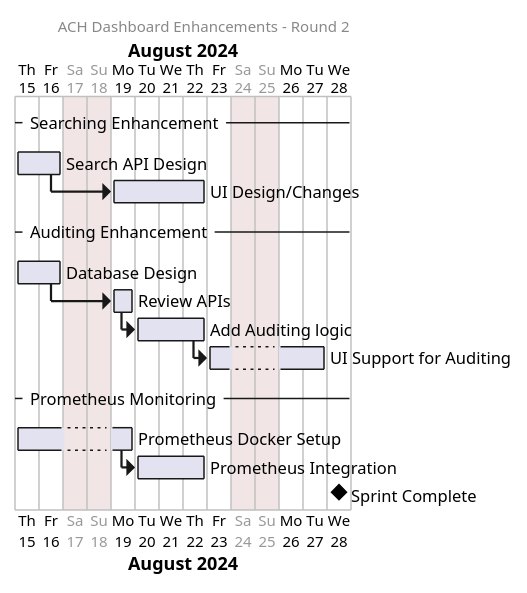
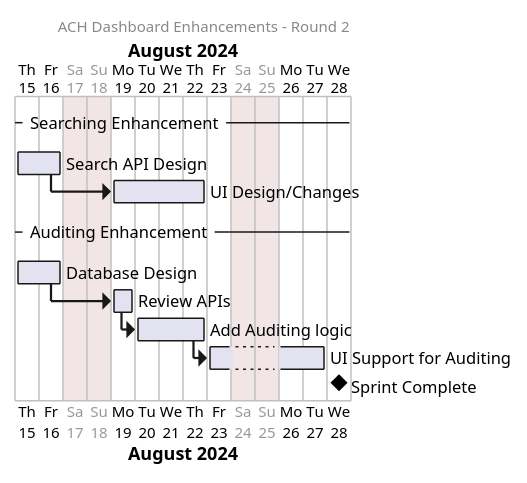
One commit to scttech/Build_Financial_Software changed the diagram in chapter10/plantuml_diagrams/searching_and_auditing_timeline.plantuml. Above: the diagram before and after it, drawn with PlantUML. The commit also changed 4 other files, not shown here.

```diff
--- a/chapter10/plantuml_diagrams/searching_and_auditing_timeline.plantuml
+++ b/chapter10/plantuml_diagrams/searching_and_auditing_timeline.plantuml
@@ -1,25 +1,21 @@
 @startgantt
 saturday are closed
 sunday are closed
 
 header ACH Dashboard Enhancements - Round 2
 
 Project starts 2024-08-15
 -- Searching Enhancement --
 [Search API Design] starts 2024-08-15 and lasts 2 days
 [UI Design/Changes] starts at \
       [Search API Design]'s end and lasts 4 day
 
 -- Auditing Enhancement --
 [Database Design] starts at 2024-08-15 and lasts 2 days
 [Review APIs] starts at [Database Design]'s end and lasts 1 days
 [Add Auditing logic] starts at [Review APIs]'s end and lasts 3 days
 [UI Support for Auditing] starts at [Add Auditing logic]'s end and lasts 3 days
 
--- Prometheus Monitoring --
-[Prometheus Docker Setup] starts at 2024-08-15 and lasts 3 days
-[Prometheus Integration] starts at [Prometheus Docker Setup]'s end and lasts 3 days
-
 [Sprint Complete] happens at 2024-08-28
 
 @endgantt
```
